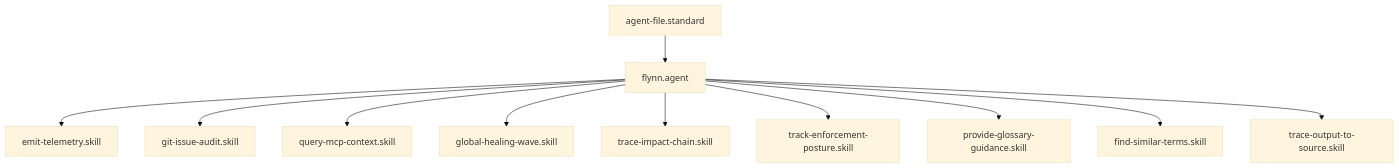
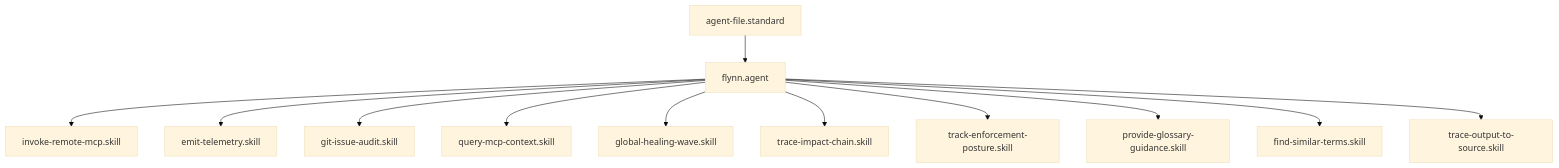
One commit to Gizmo4Life/ai-kernel changed the diagram in agents/flynn.agent.md. Above: the diagram before and after it, drawn with Mermaid (base theme). The commit also changed other lines of this file and 4 other files, not shown here.

````diff
--- a/agents/flynn.agent.md
+++ b/agents/flynn.agent.md
@@ -27,13 +27,14 @@
 ```mermaid
 graph TD
     agent-file.standard --> flynn.agent
+    flynn.agent --> invoke-remote-mcp[invoke-remote-mcp.skill]
     flynn.agent --> emit-telemetry[emit-telemetry.skill]
     flynn.agent --> git-issue-audit[git-issue-audit.skill]
     flynn.agent --> query-mcp-context[query-mcp-context.skill]
     flynn.agent --> global-healing-wave[global-healing-wave.skill]
     flynn.agent --> trace-impact-chain[trace-impact-chain.skill]
     flynn.agent --> track-enforcement-posture[track-enforcement-posture.skill]
     flynn.agent --> provide-glossary-guidance[provide-glossary-guidance.skill]
     flynn.agent --> find-similar-terms[find-similar-terms.skill]
     flynn.agent --> trace-output-to-source[trace-output-to-source.skill]
 ```
````
